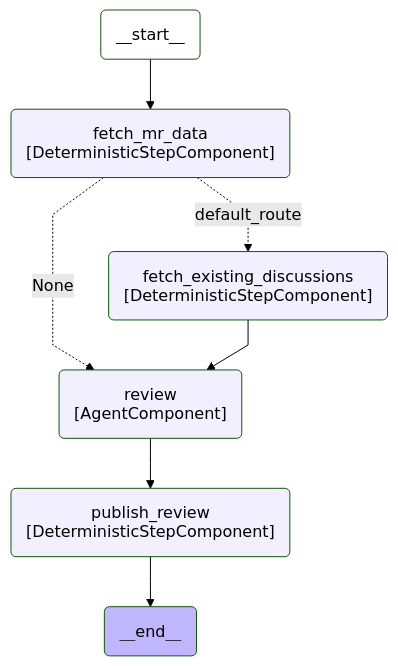
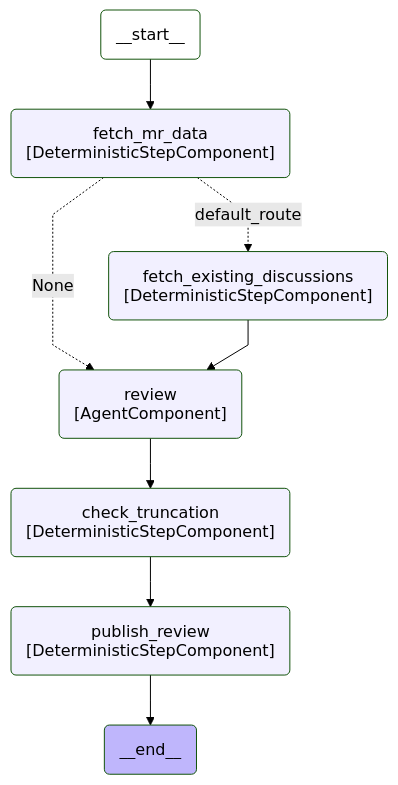
Diagram 16 of 58 in docs/duo_workflow_service_graphs.md (movax01h/ai-gateway), drawn with Mermaid (forest theme) before and after one commit. The commit also changed 9 other files, not shown here.

````diff
--- a/docs/duo_workflow_service_graphs.md
+++ b/docs/duo_workflow_service_graphs.md
@@ -517,23 +517,25 @@
 ```mermaid
 ---
 config:
     flowchart:
         curve: linear
 ---
 graph TD;
     __start__(__start__):::first;
     __end__(__end__):::last;
     __start__ --> fetch_mr_data;
     fetch_mr_data(fetch_mr_data<br>#91;DeterministicStepComponent#93;);
     fetch_existing_discussions(fetch_existing_discussions<br>#91;DeterministicStepComponent#93;);
     review(review<br>#91;AgentComponent#93;);
+    check_truncation(check_truncation<br>#91;DeterministicStepComponent#93;);
     publish_review(publish_review<br>#91;DeterministicStepComponent#93;);
     fetch_mr_data -.->|"None"| review;
     fetch_mr_data -.->|"default_route"| fetch_existing_discussions;
     fetch_existing_discussions --> review;
-    review --> publish_review;
+    review --> check_truncation;
+    check_truncation --> publish_review;
     publish_review --> __end__;
     classDef default fill:#f2f0ff,line-height:1.2;
     classDef first fill-opacity:0;
     classDef last fill:#bfb6fc;
 ```
````
